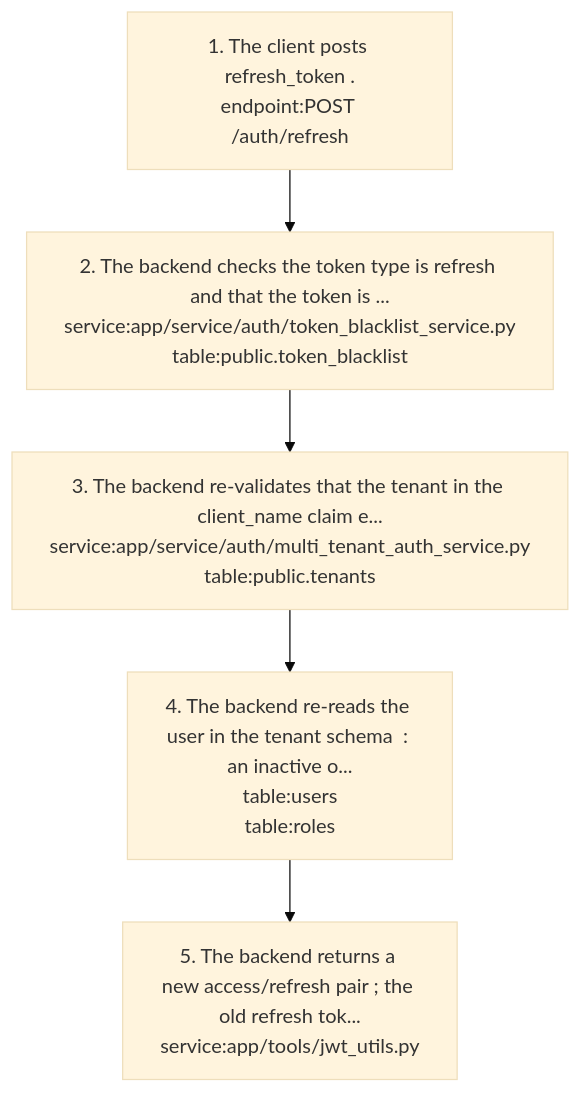
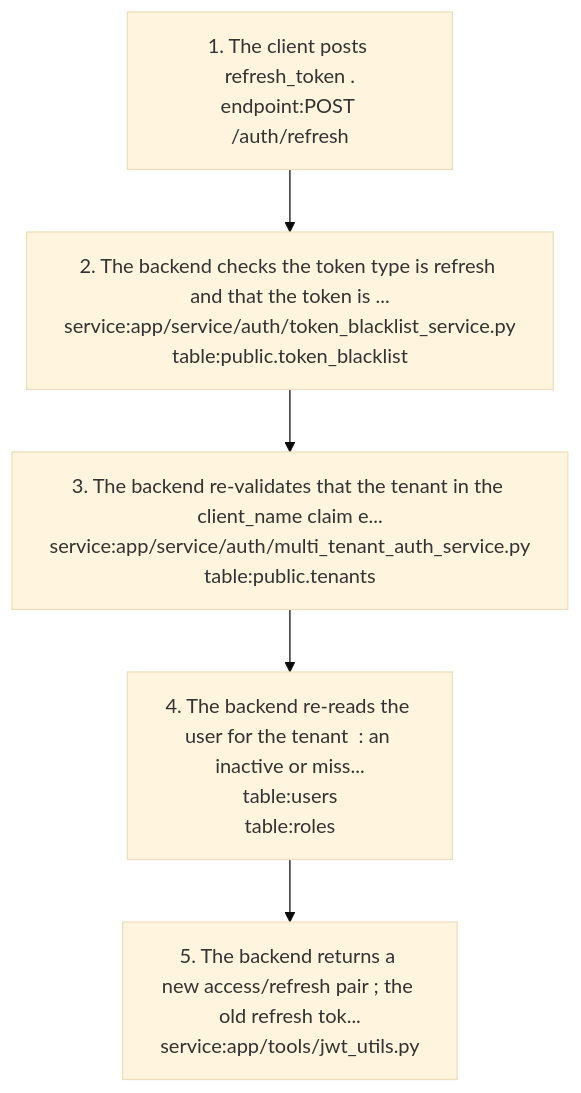
The sixth of 7 diagrams in docs/graph/views/auth.md (nerellasraj21/cos360_full_app), drawn with Mermaid (base theme) before and after one commit. The commit also changed other lines of this file and 96 other files, not shown here.

First line of the commit message:
Convert Celery tasks and remaining per-schema code to tenant ids

````diff
--- a/docs/graph/views/auth.md
+++ b/docs/graph/views/auth.md
@@ -313,12 +313,12 @@
 ```mermaid
 flowchart TD
   s1["1. The client posts refresh_token .<br/>endpoint:POST /auth/refresh"]
   s2["2. The backend checks the token type is refresh and that the token is ...<br/>service:app/service/auth/token_blacklist_service.py<br/>table:public.token_blacklist"]
   s1 --> s2
   s3["3. The backend re-validates that the tenant in the client_name claim e...<br/>service:app/service/auth/multi_tenant_auth_service.py<br/>table:public.tenants"]
   s2 --> s3
-  s4["4. The backend re-reads the user in the tenant schema  : an inactive o...<br/>table:users<br/>table:roles"]
+  s4["4. The backend re-reads the user for the tenant  : an inactive or miss...<br/>table:users<br/>table:roles"]
   s3 --> s4
   s5["5. The backend returns a new access/refresh pair ; the old refresh tok...<br/>service:app/tools/jwt_utils.py"]
   s4 --> s5
 ```
````
